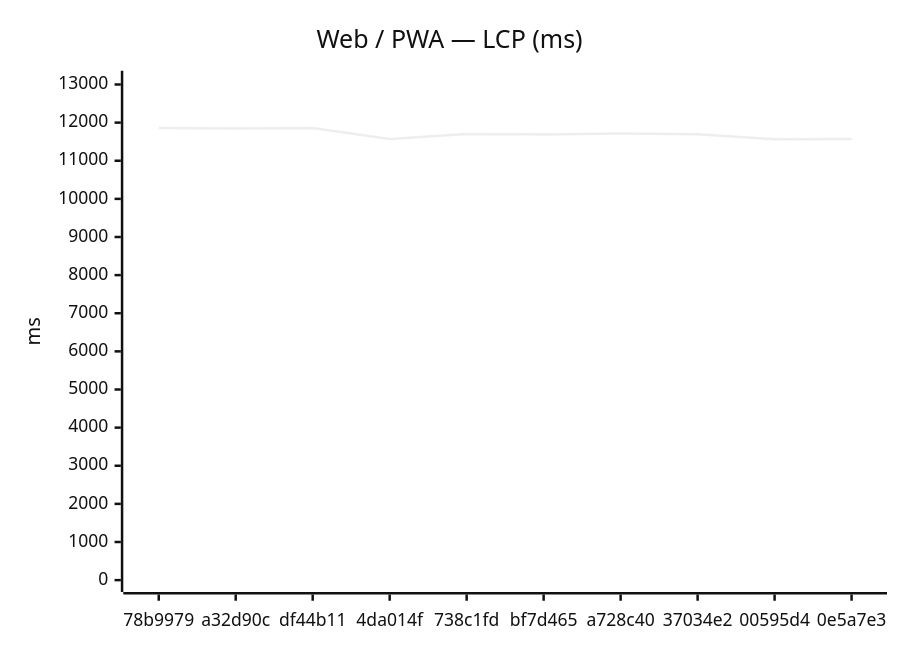
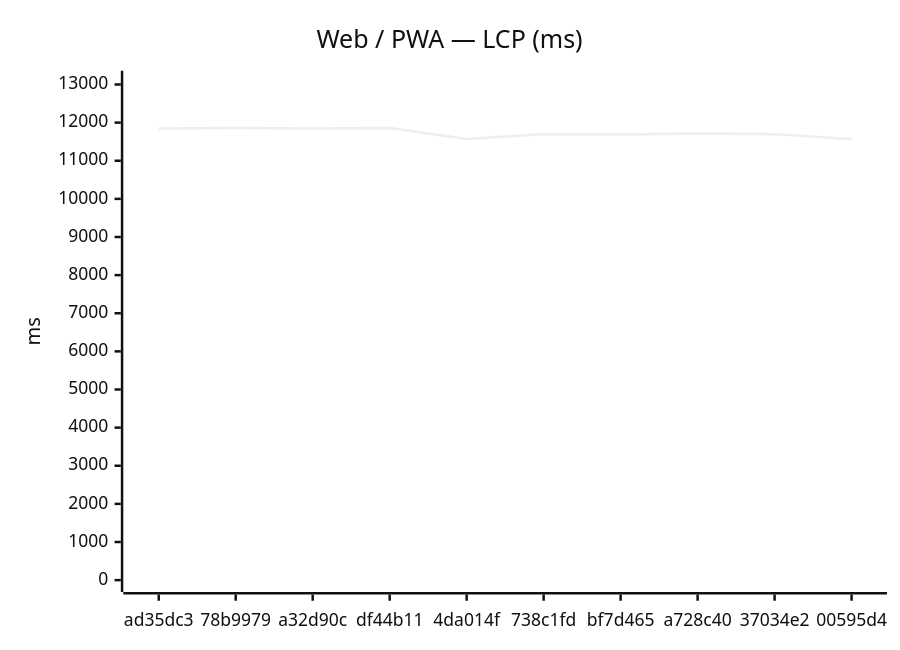
One commit to Metaheurist/Rianell changed the first of 24 diagrams in benchmarks/compare.md. Above: the diagram before and after it, drawn with Mermaid (neutral theme). The commit also changed other lines of this file and 12 other files, not shown here.

````diff
--- a/benchmarks/compare.md
+++ b/benchmarks/compare.md
@@ -24,7 +24,7 @@
 ```mermaid
 xychart-beta
     title "Web / PWA — LCP (ms)"
-    x-axis ["78b9979", "a32d90c", "df44b11", "4da014f", "738c1fd", "bf7d465", "a728c40", "37034e2", "00595d4", "0e5a7e3"]
+    x-axis ["ad35dc3", "78b9979", "a32d90c", "df44b11", "4da014f", "738c1fd", "bf7d465", "a728c40", "37034e2", "00595d4"]
     y-axis "ms" 0 --> 13049
-    line [11862, 11845, 11860, 11572, 11701, 11691, 11716, 11698, 11566, 11571]
+    line [11844, 11862, 11845, 11860, 11572, 11701, 11691, 11716, 11698, 11566]
 ```
````
